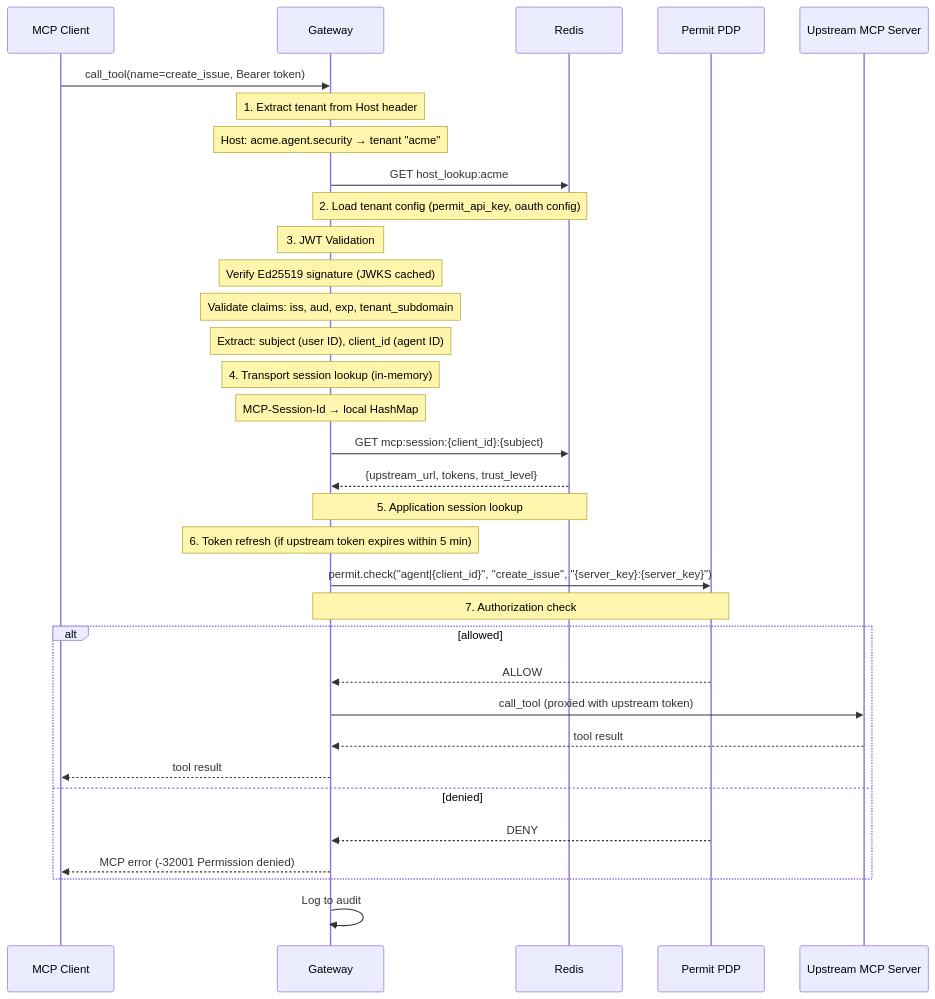
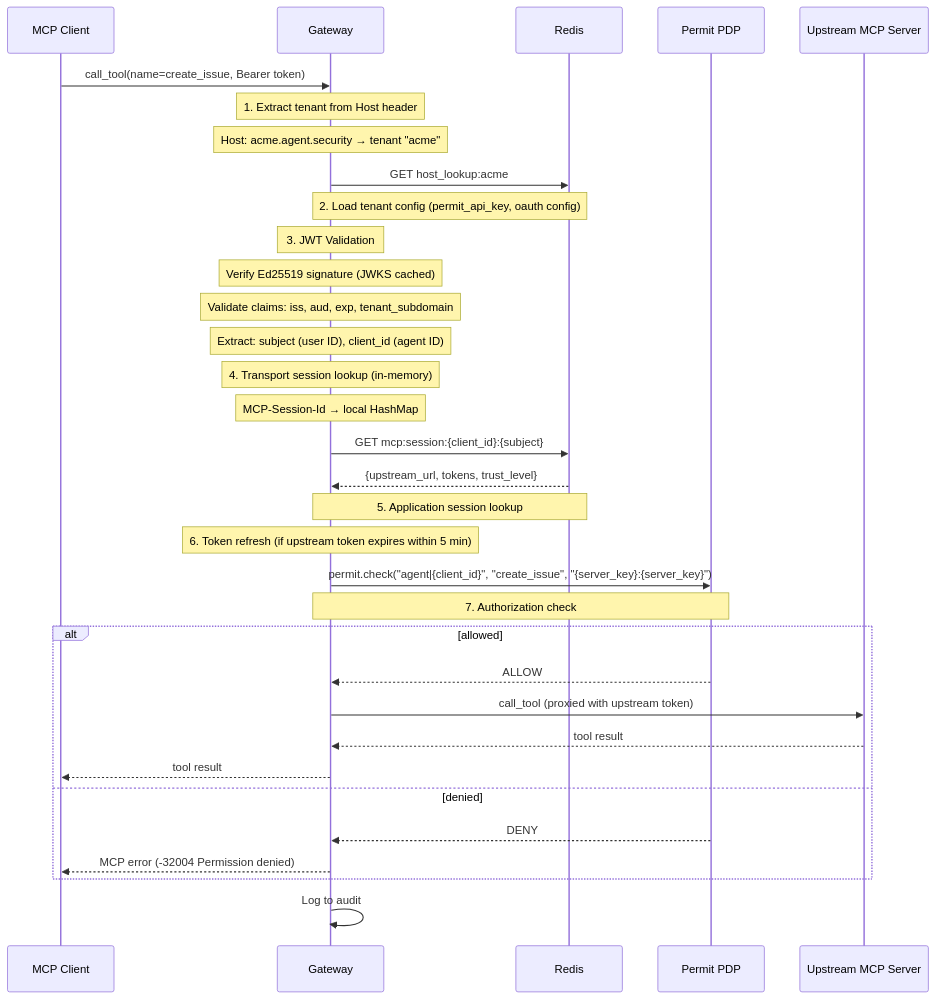
Before and after one commit to permitio/docs: the sixth of 7 diagrams in docs/ai-security/mcp-permissions/architecture.mdx, drawn with Mermaid. The commit also changed 1 other file, not shown here.

Commit message:
fix: correct MCP error code and clarify consent service wording
- architecture.mdx: permission denied error code is -32004, not -32001
  (-32001 is UNAUTHORIZED for missing/invalid tokens)
- consent-service.mdx: clarify that the profile-to-server relation is
  set by the admin and verified as a trust ceiling, not "confirmed"

````diff
--- a/docs/ai-security/mcp-permissions/architecture.mdx
+++ b/docs/ai-security/mcp-permissions/architecture.mdx
@@ -301,44 +301,44 @@
 ```mermaid
 sequenceDiagram
     participant C as MCP Client
     participant GW as Gateway
     participant R as Redis
     participant PDP as Permit PDP
     participant Up as Upstream MCP Server
 
     C->>GW: call_tool(name=create_issue, Bearer token)
 
     Note over GW: 1. Extract tenant from Host header
     Note over GW: Host: acme.agent.security → tenant "acme"
 
     GW->>R: GET host_lookup:acme
     Note over GW,R: 2. Load tenant config (permit_api_key, oauth config)
 
     Note over GW: 3. JWT Validation
     Note over GW: Verify Ed25519 signature (JWKS cached)
     Note over GW: Validate claims: iss, aud, exp, tenant_subdomain
     Note over GW: Extract: subject (user ID), client_id (agent ID)
 
     Note over GW: 4. Transport session lookup (in-memory)
     Note over GW: MCP-Session-Id → local HashMap
 
     GW->>R: GET mcp:session:{client_id}:{subject}
     R-->>GW: {upstream_url, tokens, trust_level}
     Note over GW,R: 5. Application session lookup
 
     Note over GW: 6. Token refresh (if upstream token expires within 5 min)
 
     GW->>PDP: permit.check("agent|{client_id}", "create_issue", "{server_key}:{server_key}")
     Note over GW,PDP: 7. Authorization check
 
     alt allowed
         PDP-->>GW: ALLOW
         GW->>Up: call_tool (proxied with upstream token)
         Up-->>GW: tool result
         GW-->>C: tool result
     else denied
         PDP-->>GW: DENY
-        GW-->>C: MCP error (-32001 Permission denied)
+        GW-->>C: MCP error (-32004 Permission denied)
     end
     GW->>GW: Log to audit
 ```
````
